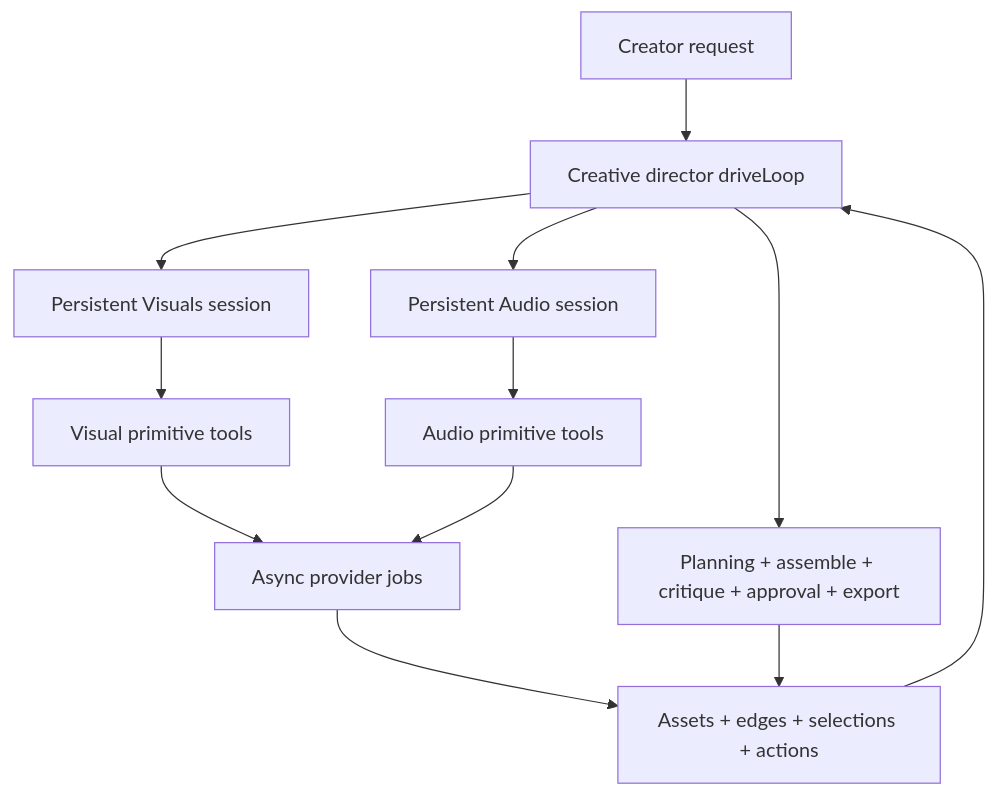
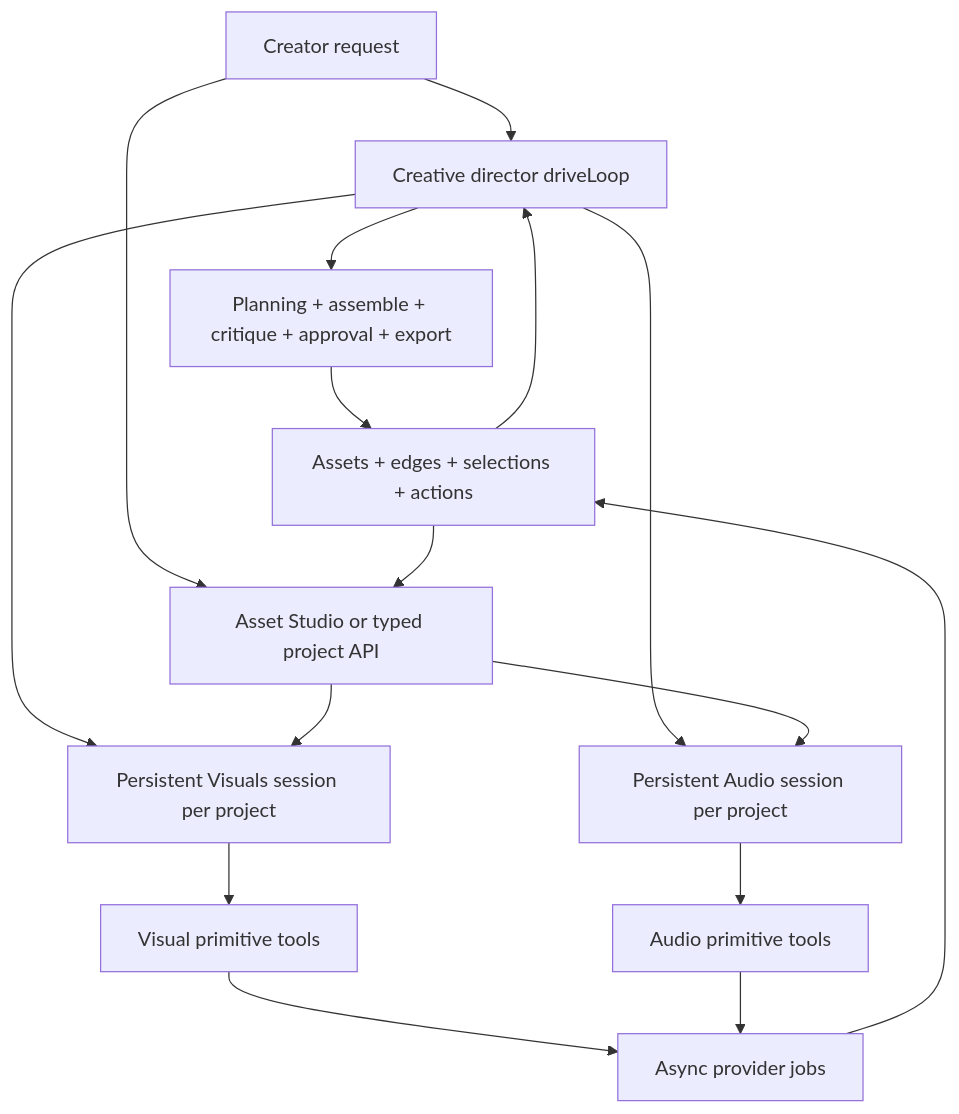
One commit to kmgrassi/PopcornReady changed the first of 2 diagrams in docs/scopes/specialist-agent-orchestration-prs.md. Above: the diagram before and after it, drawn with Mermaid. The commit also changed other lines of this file and 3 other files, not shown here.

````diff
--- a/docs/scopes/specialist-agent-orchestration-prs.md
+++ b/docs/scopes/specialist-agent-orchestration-prs.md
@@ -46,16 +54,20 @@
 ```mermaid
 flowchart TD
   Creator["Creator request"] --> Root["Creative director driveLoop"]
+  Creator --> Studio["Asset Studio or typed project API"]
   Graph["Assets + edges + selections + actions"] --> Root
+  Graph --> Studio
 
   Root --> RootTools["Planning + assemble + critique + approval + export"]
-  Root --> Visuals["Persistent Visuals session"]
-  Root --> Audio["Persistent Audio session"]
+  Root --> Visuals["Persistent Visuals session per project"]
+  Root --> Audio["Persistent Audio session per project"]
+  Studio --> Visuals
+  Studio --> Audio
 
   Visuals --> VisualTools["Visual primitive tools"]
   Audio --> AudioTools["Audio primitive tools"]
   VisualTools --> Jobs["Async provider jobs"]
   AudioTools --> Jobs
   Jobs --> Graph
   RootTools --> Graph
 ```
````
